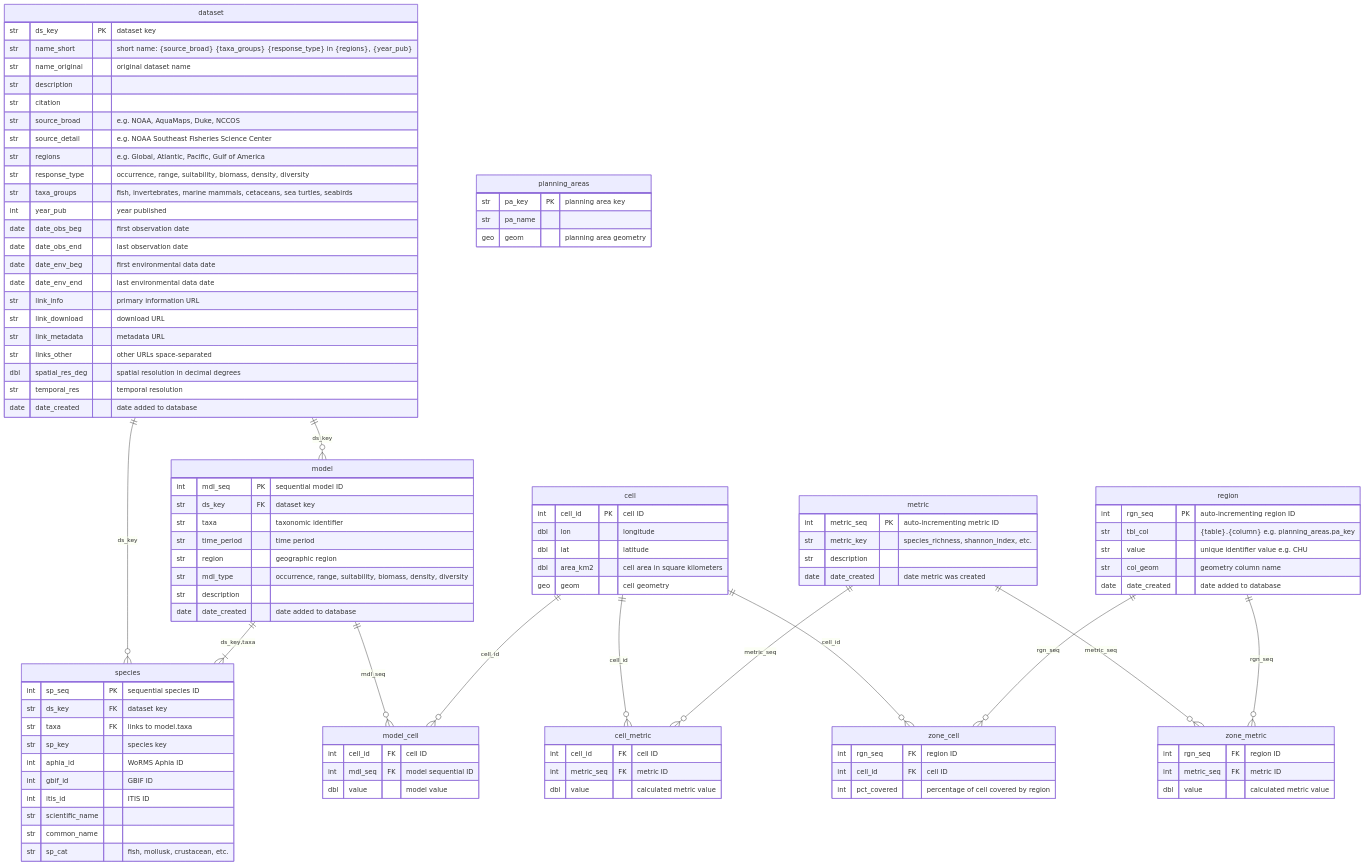
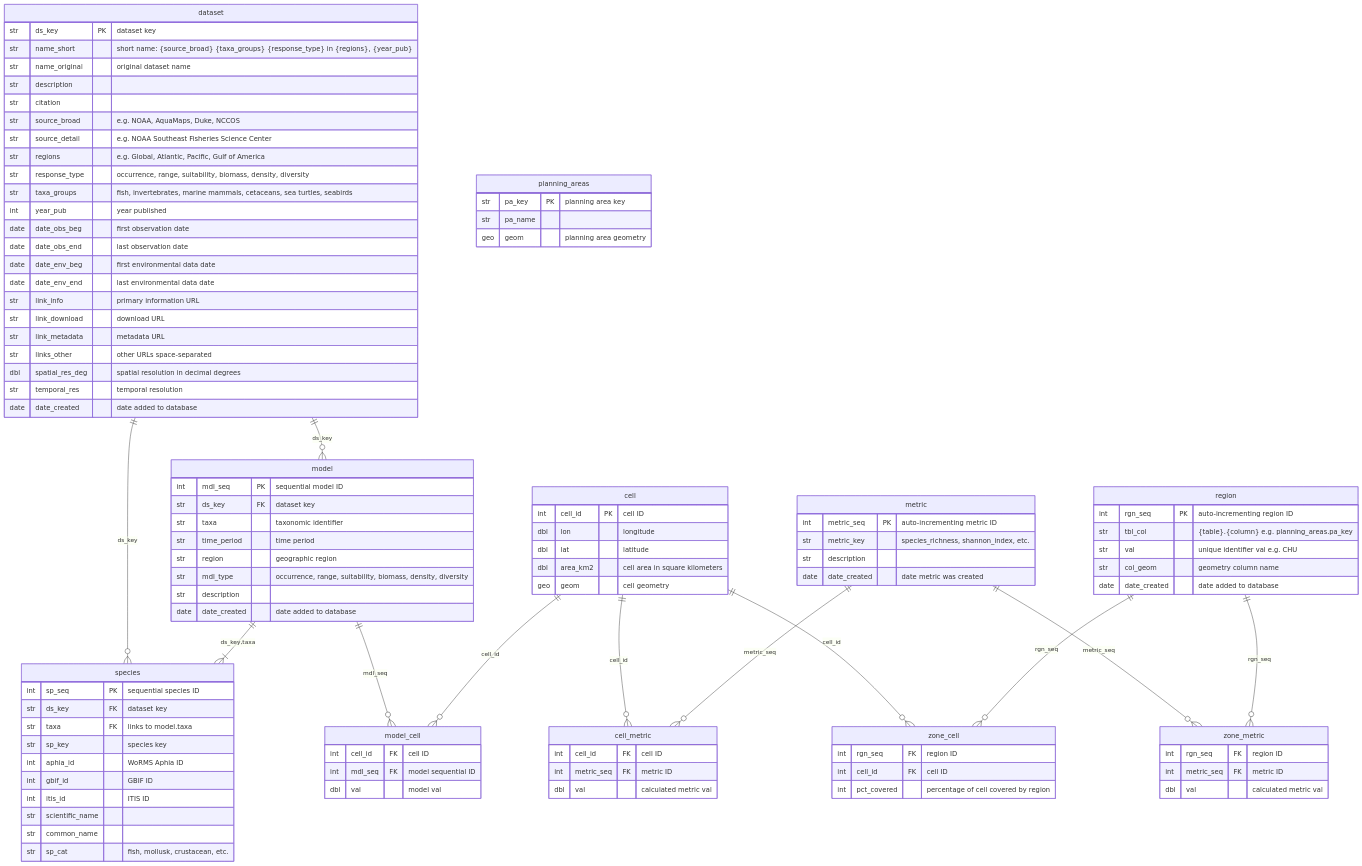
One commit to MarineSensitivity/workflows changed the diagram in ingest_aquamaps_to_sdm_duckdb.qmd. Above: the diagram before and after it, drawn with Mermaid. The commit also changed other lines of this file and 30 other files, not shown here.

First line of the commit message:
v8: rename model_cell/cell_metric/zone_metric field value -> val pipeline-wide

```diff
--- a/ingest_aquamaps_to_sdm_duckdb.qmd
+++ b/ingest_aquamaps_to_sdm_duckdb.qmd
@@ -151,7 +151,7 @@
 model_cell {
   int cell_id         FK  "cell ID"
   int mdl_seq         FK  "model sequential ID"
-  dbl value               "model value"
+  dbl val               "model val"
 }
 
 metric {
@@ -164,13 +164,13 @@
 cell_metric {
   int cell_id         FK  "cell ID"
   int metric_seq      FK  "metric ID"
-  dbl value               "calculated metric value"
+  dbl val               "calculated metric val"
 }
 
 region {
   int rgn_seq         PK  "auto-incrementing region ID"
   str tbl_col             "{table}.{column} e.g. planning_areas.pa_key"
-  str value               "unique identifier value e.g. CHU"
+  str val               "unique identifier val e.g. CHU"
   str col_geom            "geometry column name"
   date date_created       "date added to database"
 }
@@ -178,7 +178,7 @@
 zone_metric {
   int rgn_seq         FK  "region ID"
   int metric_seq      FK  "metric ID"
-  dbl value               "calculated metric value"
+  dbl val               "calculated metric val"
 }
 
 zone_cell {
```
